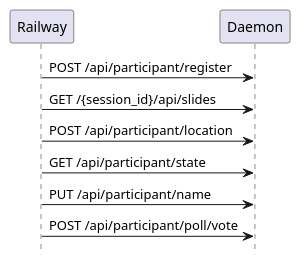
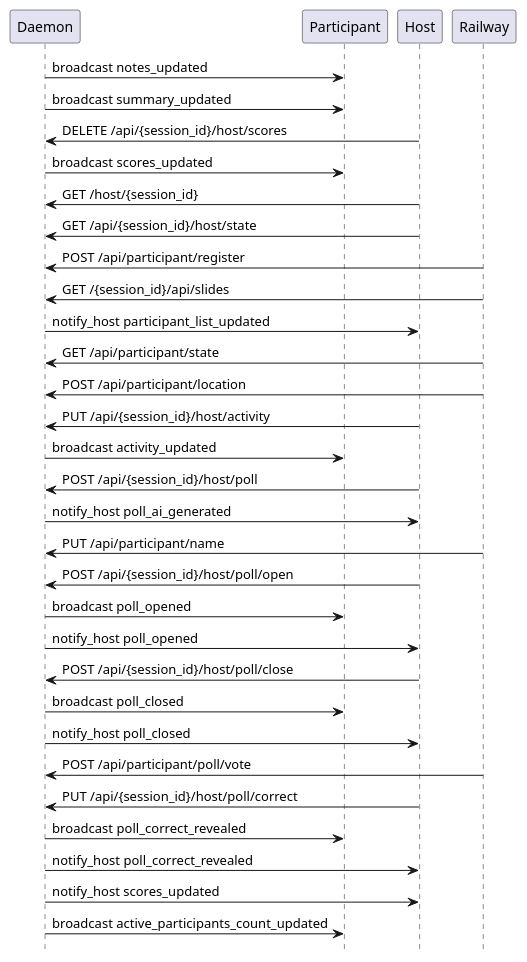
Before and after one commit to victorrentea/training-assistant: the diagram in docs/sequences/generated/03-poll-and-quiz.puml, drawn with PlantUML.

Commit message:
docs: regenerated poll sequence diagram with all 4 actors
Now shows Host→Daemon REST calls, Daemon→Participant broadcasts,
Daemon→Host notifications. All 11 key interactions from the hand-written
03-poll-and-quiz.puml are captured.

```diff
--- a/docs/sequences/generated/03-poll-and-quiz.puml
+++ b/docs/sequences/generated/03-poll-and-quiz.puml
@@ -1,14 +1,38 @@
 @startuml
 hide footbox
 
+participant "Daemon"
+participant "Participant"
+participant "Host"
 participant "Railway"
-participant "Daemon"
 
+"Daemon" -> "Participant": broadcast notes_updated
+"Daemon" -> "Participant": broadcast summary_updated
+"Host" -> "Daemon": DELETE /api/{session_id}/host/scores
+"Daemon" -> "Participant": broadcast scores_updated
+"Host" -> "Daemon": GET /host/{session_id}
+"Host" -> "Daemon": GET /api/{session_id}/host/state
 "Railway" -> "Daemon": POST /api/participant/register
 "Railway" -> "Daemon": GET /{session_id}/api/slides
+"Daemon" -> "Host": notify_host participant_list_updated
+"Railway" -> "Daemon": GET /api/participant/state
 "Railway" -> "Daemon": POST /api/participant/location
-"Railway" -> "Daemon": GET /api/participant/state
+"Host" -> "Daemon": PUT /api/{session_id}/host/activity
+"Daemon" -> "Participant": broadcast activity_updated
+"Host" -> "Daemon": POST /api/{session_id}/host/poll
+"Daemon" -> "Host": notify_host poll_ai_generated
 "Railway" -> "Daemon": PUT /api/participant/name
+"Host" -> "Daemon": POST /api/{session_id}/host/poll/open
+"Daemon" -> "Participant": broadcast poll_opened
+"Daemon" -> "Host": notify_host poll_opened
+"Host" -> "Daemon": POST /api/{session_id}/host/poll/close
+"Daemon" -> "Participant": broadcast poll_closed
+"Daemon" -> "Host": notify_host poll_closed
 "Railway" -> "Daemon": POST /api/participant/poll/vote
+"Host" -> "Daemon": PUT /api/{session_id}/host/poll/correct
+"Daemon" -> "Participant": broadcast poll_correct_revealed
+"Daemon" -> "Host": notify_host poll_correct_revealed
+"Daemon" -> "Host": notify_host scores_updated
+"Daemon" -> "Participant": broadcast active_participants_count_updated
 
 @enduml
```
